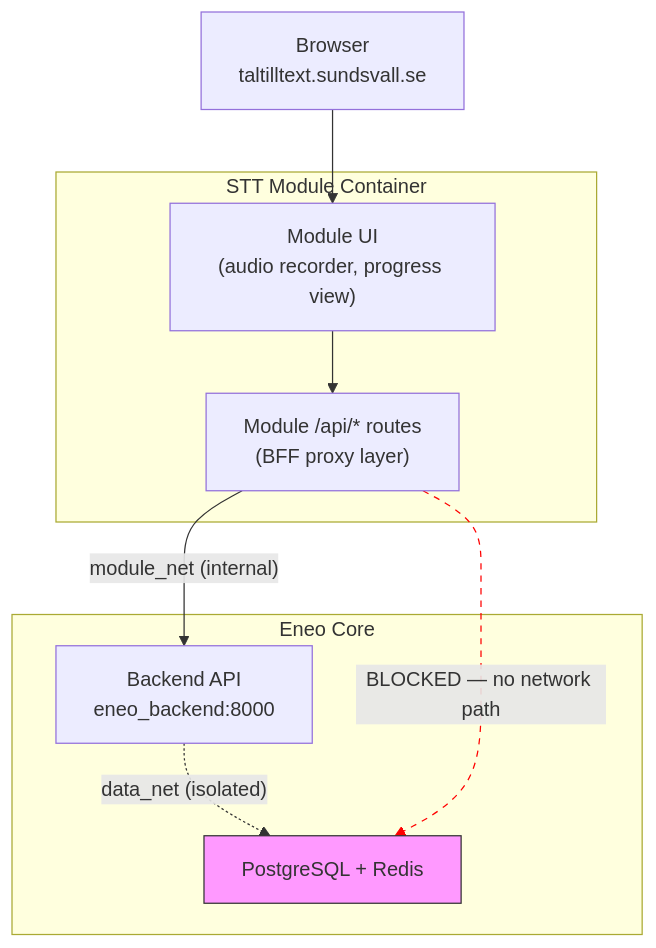
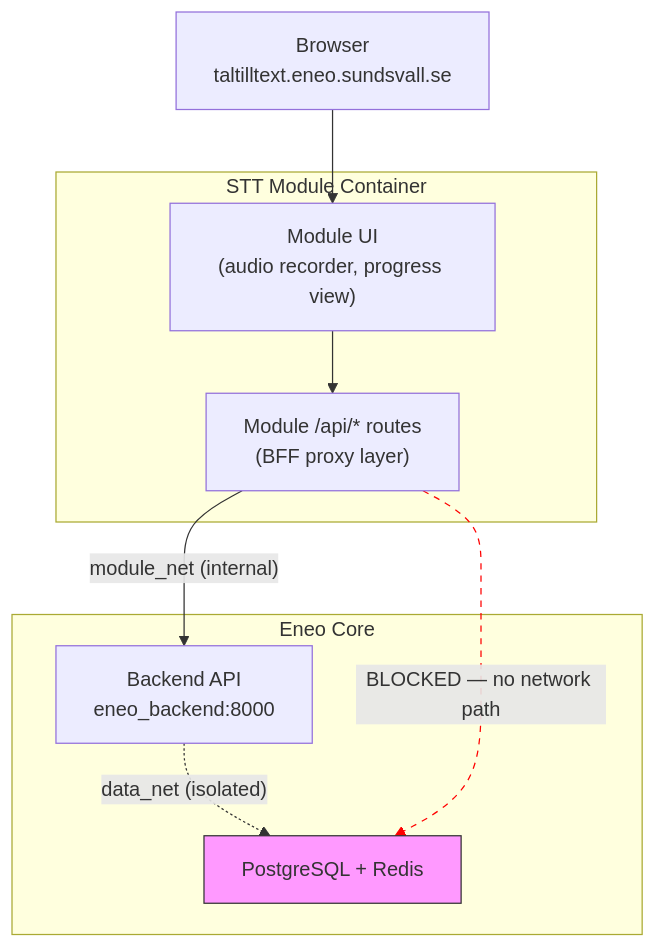
The second of 3 diagrams in README.md (CCimen/eneo-modules-example), drawn with Mermaid before and after one commit. The commit also changed other lines of this file and 5 other files, not shown here.

First line of the commit message:
docs: update all module architecture files to v3.9

````diff
--- a/README.md
+++ b/README.md
@@ -228,27 +228,27 @@
 ```mermaid
 flowchart TB
     Browser["`Browser
-taltilltext.sundsvall.se`"]
+taltilltext.eneo.sundsvall.se`"]
 
     subgraph Module["STT Module Container"]
         ModUI["`Module UI
 (audio recorder, progress view)`"]
         ModAPI["`Module /api/* routes
 (BFF proxy layer)`"]
     end
 
     subgraph Core["Eneo Core"]
         Backend["`Backend API
 eneo_backend:8000`"]
         DB["PostgreSQL + Redis"]
     end
 
     Browser --> ModUI
     ModUI --> ModAPI
     ModAPI -->|"module_net (internal)"| Backend
     Backend -.->|"data_net (isolated)"| DB
     ModAPI -.->|"BLOCKED — no network path"| DB
 
     style DB fill:#f9f,stroke:#333
     linkStyle 4 stroke:red,stroke-dasharray:5
 ```
````
